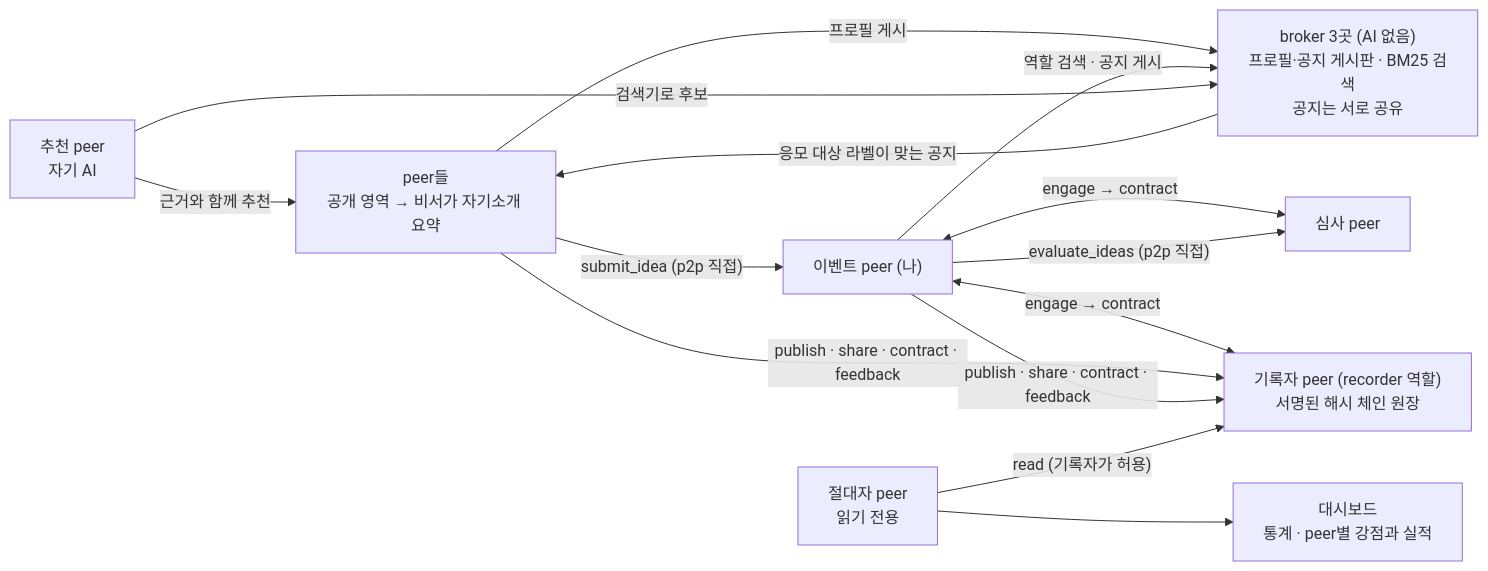
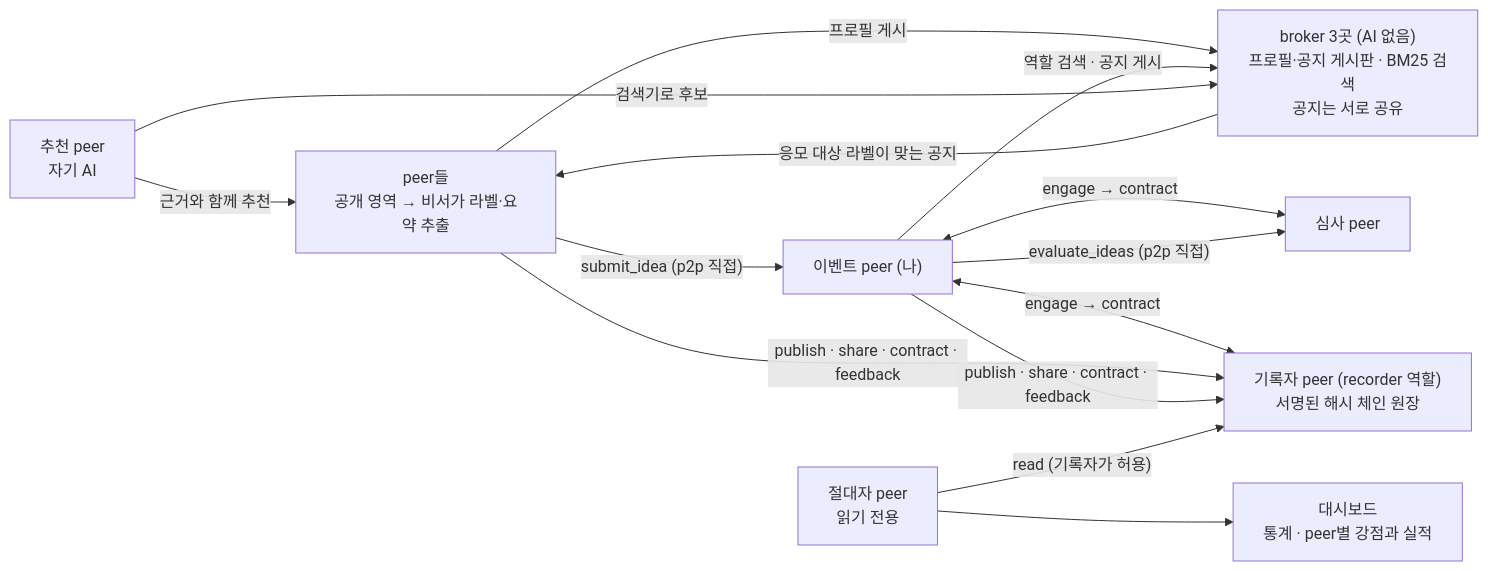
Before and after one commit to tanminkwan/share-ur-tokens: the diagram in README.md, drawn with Mermaid. The commit also changed other lines of this file and 7 other files, not shown here.

````diff
--- a/README.md
+++ b/README.md
@@ -18,15 +18,15 @@
 ```mermaid
 flowchart LR
-    P["peer들<br/>공개 영역 → 비서가 자기소개 요약"] -- "프로필 게시" --> B["broker 3곳 (AI 없음)<br/>프로필·공지 게시판 · BM25 검색<br/>공지는 서로 공유"]
+    P["peer들<br/>공개 영역 → 비서가 라벨·요약 추출"] -- "프로필 게시" --> B["broker 3곳 (AI 없음)<br/>프로필·공지 게시판 · BM25 검색<br/>공지는 서로 공유"]
     E["이벤트 peer (나)"] -- "역할 검색 · 공지 게시" --> B
     B -- "응모 대상 라벨이 맞는 공지" --> P
     M["추천 peer<br/>자기 AI"] -- "검색기로 후보" --> B
     M -- "근거와 함께 추천" --> P
     E <-- "engage → contract" --> R["심사 peer"]
     P -- "submit_idea (p2p 직접)" --> E
     E -- "evaluate_ideas (p2p 직접)" --> R
     E <-- "engage → contract" --> L["기록자 peer (recorder 역할)<br/>서명된 해시 체인 원장"]
     P & E -- "publish · share · contract · feedback" --> L
     O["절대자 peer<br/>읽기 전용"] -- "read (기록자가 허용)" --> L
     O --> D["대시보드<br/>통계 · peer별 강점과 실적"]
 ```
````
